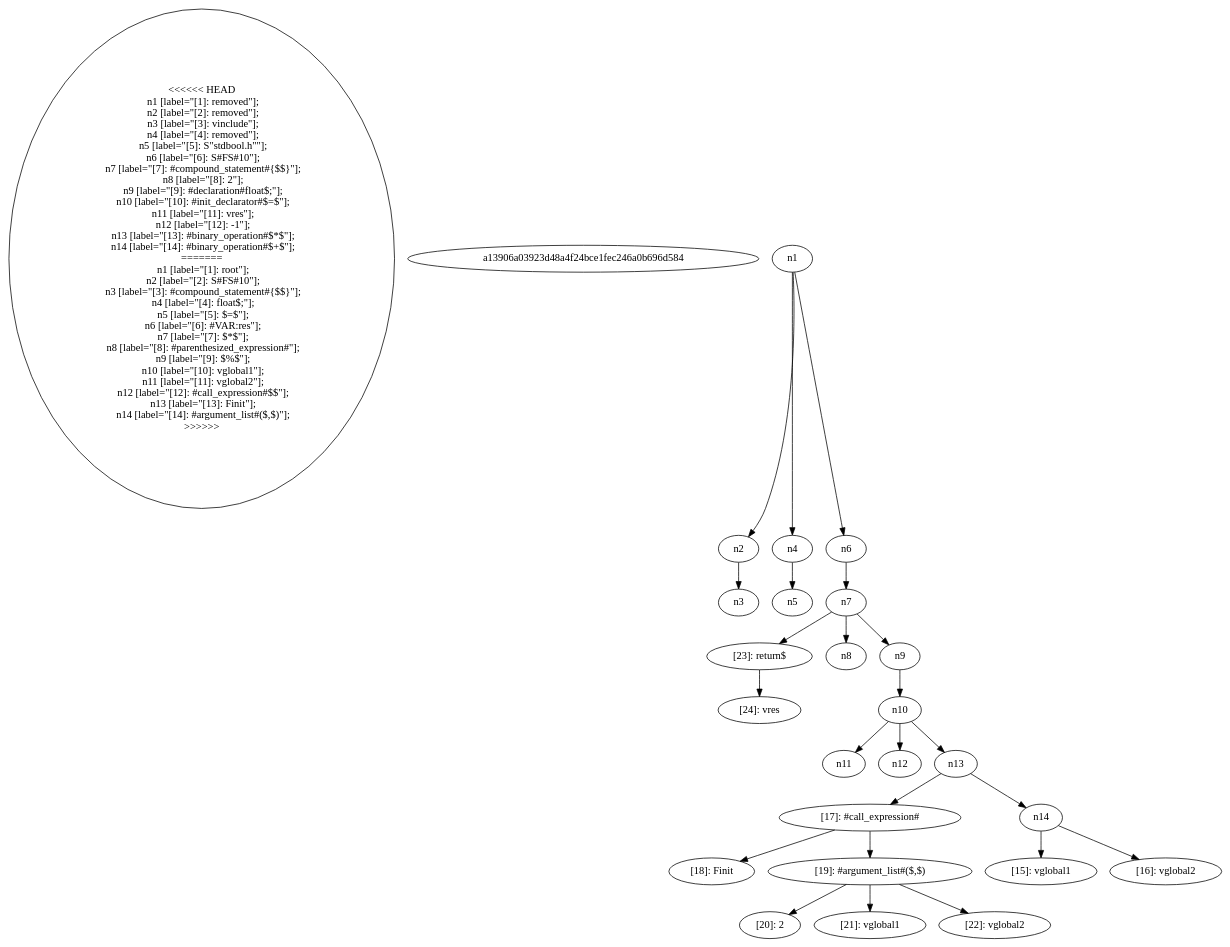
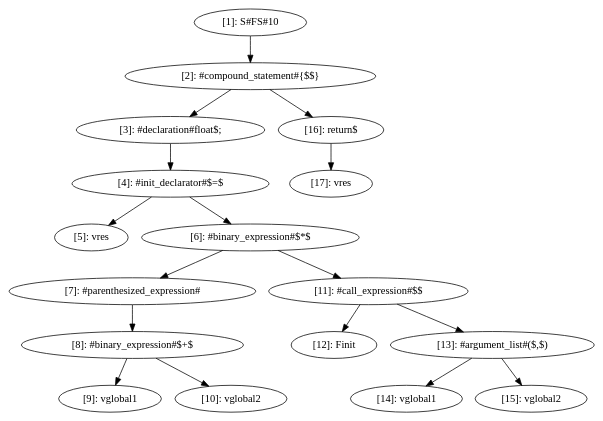
The diagram in cass.dot (deryaerman/DIA-System-DS-Plagiarism-Checker-GIT), drawn with Graphviz before and after one commit. The commit also changed 24 other files, not shown here.

```diff
--- a/cass.dot
+++ b/cass.dot
@@ -1,67 +1,36 @@
 digraph CASS {
   node [shape=ellipse];
-<<<<<<< HEAD
-  n1 [label="[1]: removed"];
-  n2 [label="[2]: removed"];
-  n3 [label="[3]: vinclude"];
-  n4 [label="[4]: removed"];
-  n5 [label="[5]: S\"stdbool.h\""];
-  n6 [label="[6]: S#FS#10"];
-  n7 [label="[7]: #compound_statement#{$$}"];
-  n8 [label="[8]: 2"];
-  n9 [label="[9]: #declaration#float$;"];
-  n10 [label="[10]: #init_declarator#$=$"];
-  n11 [label="[11]: vres"];
-  n12 [label="[12]: -1"];
-  n13 [label="[13]: #binary_operation#$*$"];
-  n14 [label="[14]: #binary_operation#$+$"];
-=======
-  n1 [label="[1]: root"];
-  n2 [label="[2]: S#FS#10"];
-  n3 [label="[3]: #compound_statement#{$$}"];
-  n4 [label="[4]: float$;"];
-  n5 [label="[5]: $=$"];
-  n6 [label="[6]: #VAR:res"];
-  n7 [label="[7]: $*$"];
-  n8 [label="[8]: #parenthesized_expression#"];
-  n9 [label="[9]: $%$"];
-  n10 [label="[10]: vglobal1"];
-  n11 [label="[11]: vglobal2"];
-  n12 [label="[12]: #call_expression#$$"];
-  n13 [label="[13]: Finit"];
-  n14 [label="[14]: #argument_list#($,$)"];
->>>>>>> a13906a03923d48a4f24bce1fec246a0b696d584
-  n15 [label="[15]: vglobal1"];
-  n16 [label="[16]: vglobal2"];
-  n17 [label="[17]: #call_expression#"];
-  n18 [label="[18]: Finit"];
-  n19 [label="[19]: #argument_list#($,$)"];
-  n20 [label="[20]: 2"];
-  n21 [label="[21]: vglobal1"];
-  n22 [label="[22]: vglobal2"];
-  n23 [label="[23]: return$"];
-  n24 [label="[24]: vres"];
+  n1 [label="[1]: S#FS#10"];
+  n2 [label="[2]: #compound_statement#{$$}"];
+  n3 [label="[3]: #declaration#float$;"];
+  n4 [label="[4]: #init_declarator#$=$"];
+  n5 [label="[5]: vres"];
+  n6 [label="[6]: #binary_expression#$*$"];
+  n7 [label="[7]: #parenthesized_expression#"];
+  n8 [label="[8]: #binary_expression#$+$"];
+  n9 [label="[9]: vglobal1"];
+  n10 [label="[10]: vglobal2"];
+  n11 [label="[11]: #call_expression#$$"];
+  n12 [label="[12]: Finit"];
+  n13 [label="[13]: #argument_list#($,$)"];
+  n14 [label="[14]: vglobal1"];
+  n15 [label="[15]: vglobal2"];
+  n16 [label="[16]: return$"];
+  n17 [label="[17]: vres"];
   n1 -> n2;
   n2 -> n3;
-  n1 -> n4;
+  n3 -> n4;
   n4 -> n5;
-  n1 -> n6;
+  n4 -> n6;
   n6 -> n7;
   n7 -> n8;
-  n7 -> n9;
-  n9 -> n10;
-  n10 -> n11;
-  n10 -> n12;
-  n10 -> n13;
+  n8 -> n9;
+  n8 -> n10;
+  n6 -> n11;
+  n11 -> n12;
+  n11 -> n13;
   n13 -> n14;
-  n14 -> n15;
-  n14 -> n16;
-  n13 -> n17;
-  n17 -> n18;
-  n17 -> n19;
-  n19 -> n20;
-  n19 -> n21;
-  n19 -> n22;
-  n7 -> n23;
-  n23 -> n24;
+  n13 -> n15;
+  n2 -> n16;
+  n16 -> n17;
 }
```
